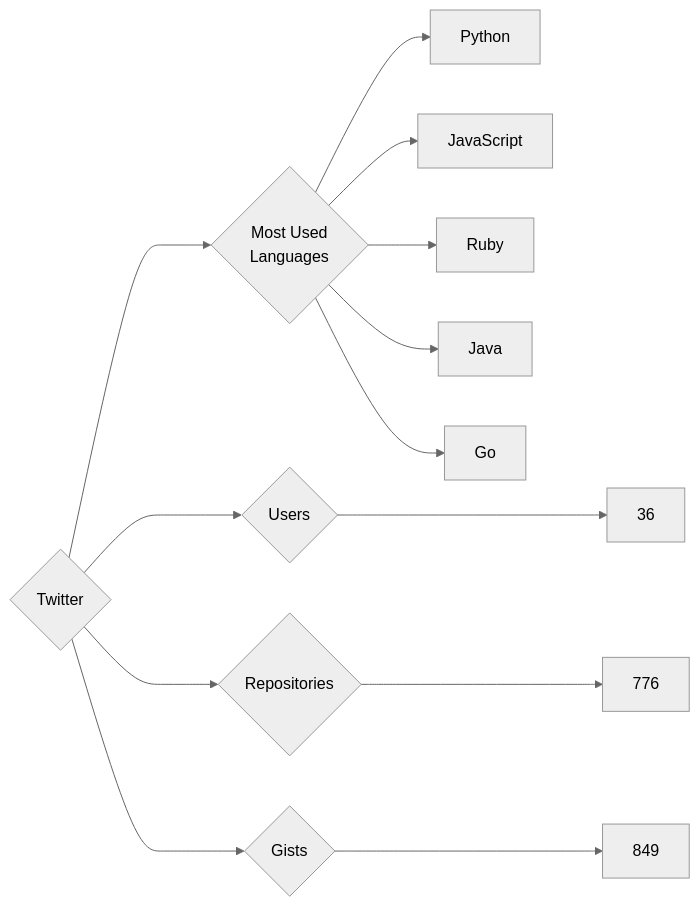
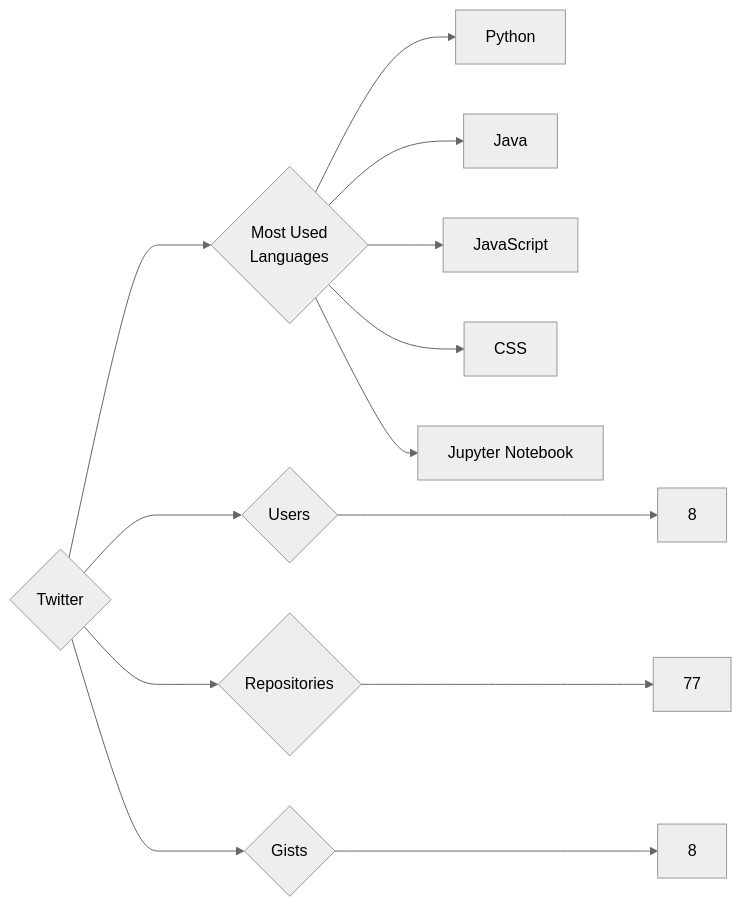
One commit to trickest/insiders changed the diagram in targets/Twitter/README.md. Above: the diagram before and after it, drawn with Mermaid (neutral theme). The commit also changed 597 other files, not shown here.

````diff
--- a/targets/Twitter/README.md
+++ b/targets/Twitter/README.md
@@ -3,13 +3,13 @@
 ```mermaid
 graph LR
 COMPANY_NAME{Twitter}
-COMPANY_NAME ---> U{Users} ---> UN[36]
-COMPANY_NAME ---> R{Repositories} ---> RN[776]
-COMPANY_NAME ---> G{Gists} ---> GN[849]
+COMPANY_NAME ---> U{Users} ---> UN[8]
+COMPANY_NAME ---> R{Repositories} ---> RN[77]
+COMPANY_NAME ---> G{Gists} ---> GN[8]
 COMPANY_NAME ---> ML{Most Used<br>Languages}
 ML --> Python[Python]
+ML --> Java[Java]
 ML --> JavaScript[JavaScript]
-ML --> Ruby[Ruby]
-ML --> Java[Java]
-ML --> Go[Go]
+ML --> CSS[CSS]
+ML --> Jupyter_Notebook[Jupyter Notebook]
 ```
````
